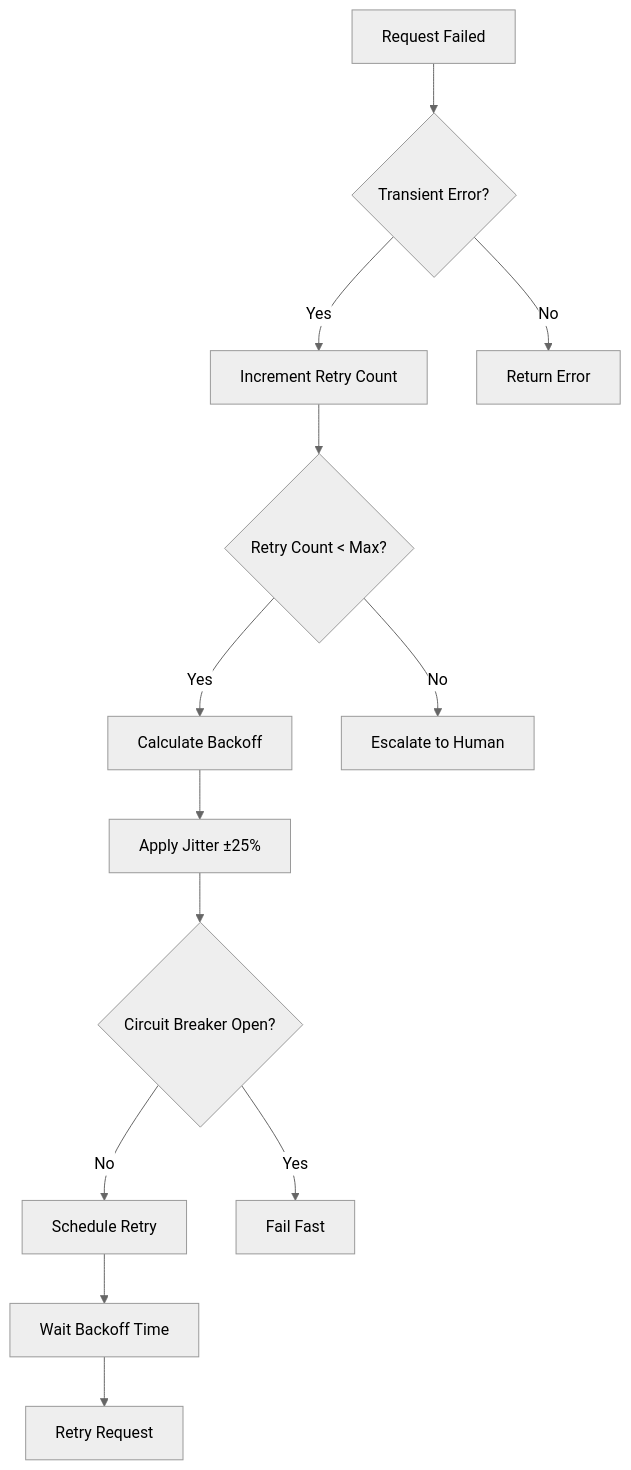
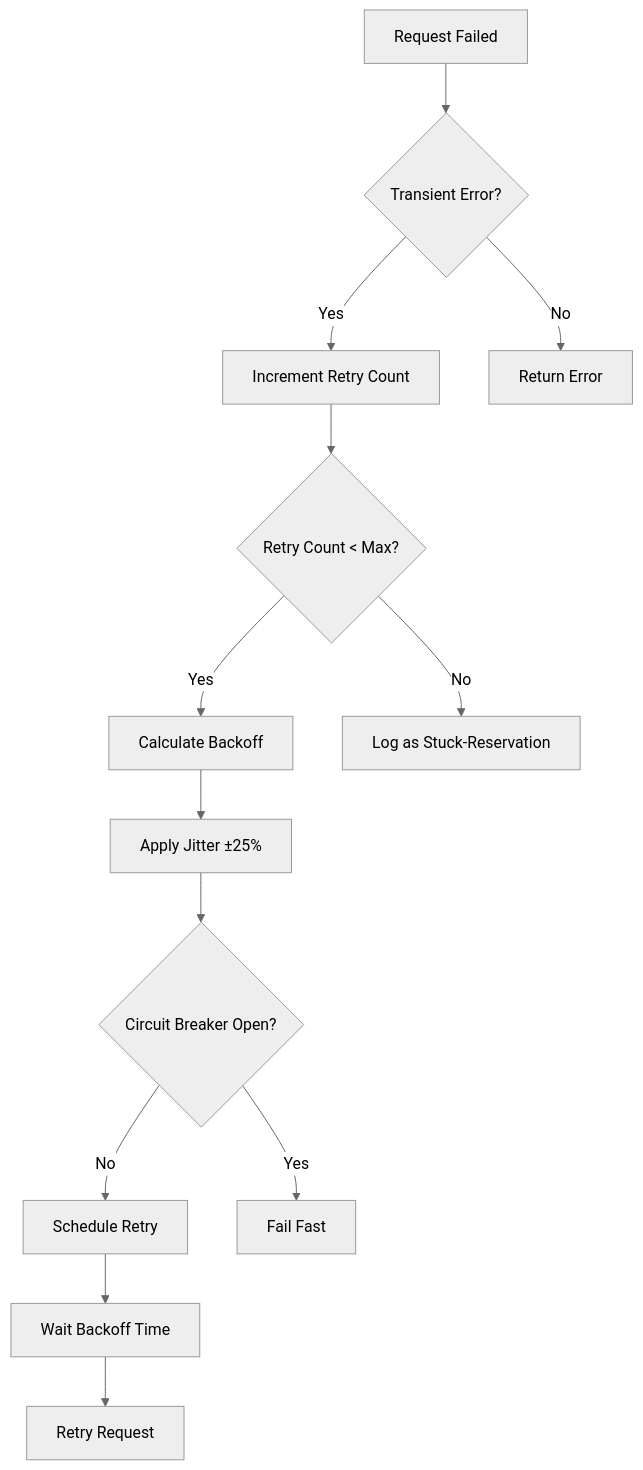
One commit to munrhalls/sanglogium changed the sixth of 11 diagrams in _project/prd/diagrams/fifo-queue-functionality.md. Above: the diagram before and after it, drawn with Mermaid (neutral theme). The commit also changed other lines of this file and 1 other file, not shown here.

Commit message:
Difficulty: 5 - D, PRD Retry Logic Update (_project/prd/): Change rollback failure handling from escalation to stuck-reservation logging

````diff
--- a/_project/prd/diagrams/fifo-queue-functionality.md
+++ b/_project/prd/diagrams/fifo-queue-functionality.md
@@ -123,18 +123,18 @@
 ```mermaid
 graph TD
     A[Request Failed] --> B{Transient Error?}
     B -->|Yes| C[Increment Retry Count]
     B -->|No| D[Return Error]
-    
+
     C --> E{Retry Count < Max?}
     E -->|Yes| F[Calculate Backoff]
-    E -->|No| G[Escalate to Human]
-    
+    E -->|No| G[Log as Stuck-Reservation]
+
     F --> H[Apply Jitter ±25%]
     H --> I{Circuit Breaker Open?}
     I -->|No| J[Schedule Retry]
     I -->|Yes| K[Fail Fast]
-    
+
     J --> L[Wait Backoff Time]
     L --> M[Retry Request]
 ```
````
